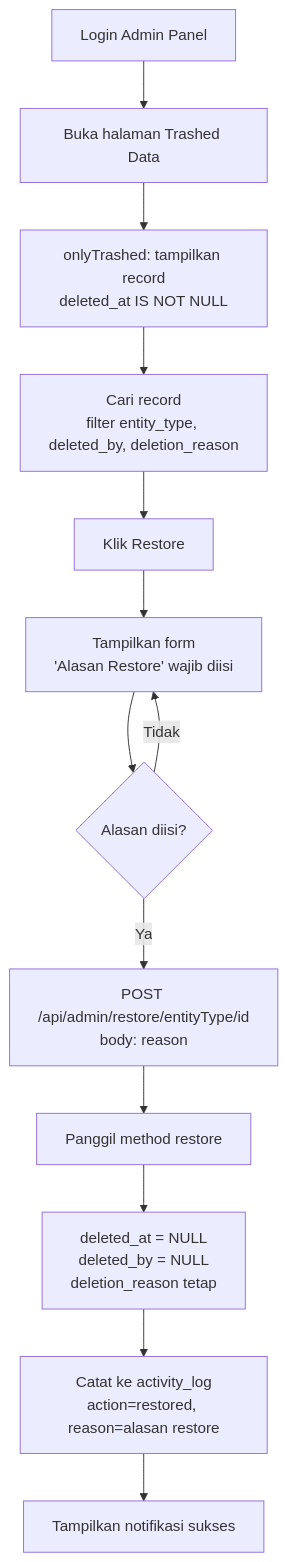
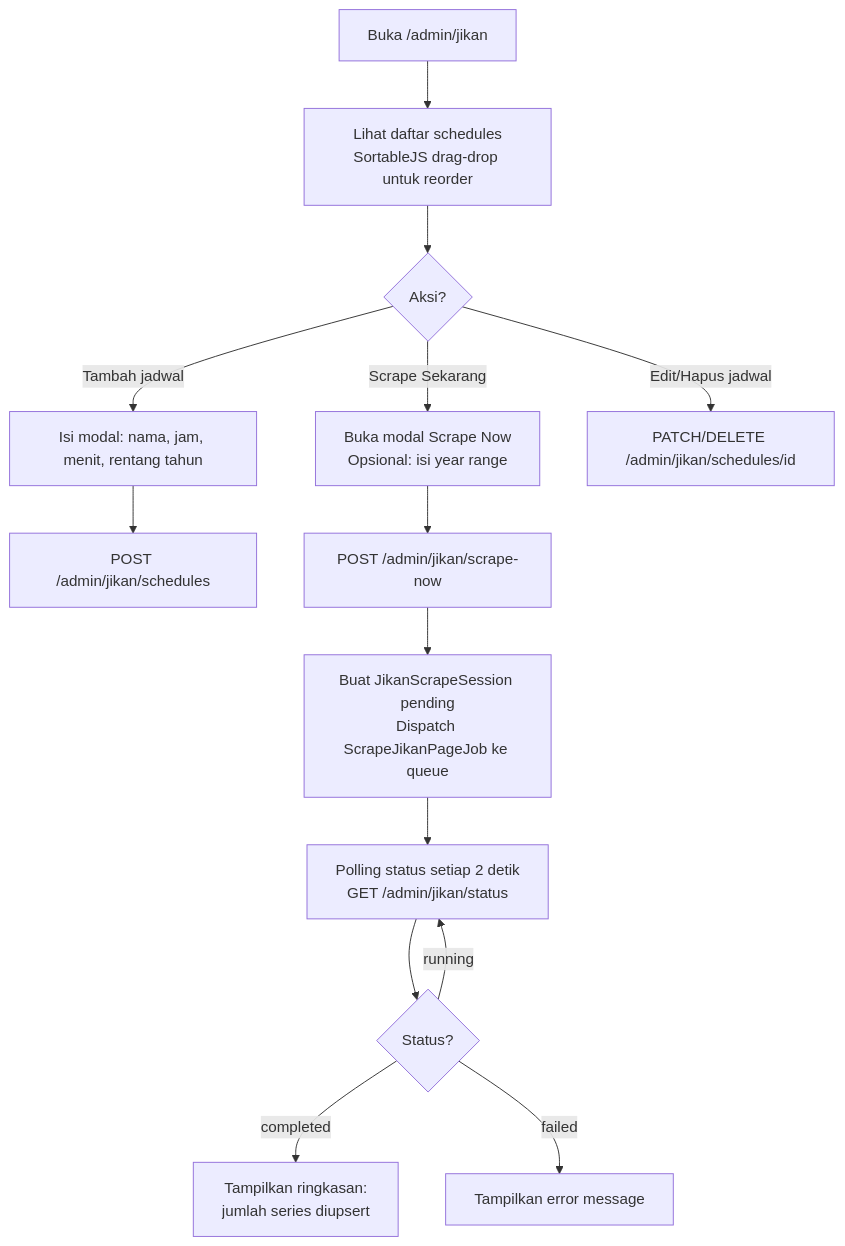
The third of 6 diagrams in docs/03-user-flow.md (srytmj/malas), drawn with Mermaid before and after one commit. The commit also changed other lines of this file and 1127 other files, not shown here.

````diff
--- a/docs/03-user-flow.md
+++ b/docs/03-user-flow.md
@@ -45,15 +46,16 @@
 ```mermaid
 flowchart TD
-    A[Login Admin Panel] --> B[Buka halaman Trashed Data]
-    B --> C[onlyTrashed: tampilkan record<br/>deleted_at IS NOT NULL]
-    C --> D[Cari record<br/>filter entity_type, deleted_by, deletion_reason]
-    D --> E[Klik Restore]
-    E --> F[Tampilkan form<br/>'Alasan Restore' wajib diisi]
-    F --> G{Alasan diisi?}
-    G -- Tidak --> F
-    G -- Ya --> H[POST /api/admin/restore/entityType/id<br/>body: reason]
-    H --> I[Panggil method restore]
-    I --> J[deleted_at = NULL<br/>deleted_by = NULL<br/>deletion_reason tetap]
-    J --> K[Catat ke activity_log<br/>action=restored, reason=alasan restore]
-    K --> L[Tampilkan notifikasi sukses]
+    A[Buka /admin/jikan] --> B[Lihat daftar schedules\nSortableJS drag-drop untuk reorder]
+    B --> C{Aksi?}
+    C -- Tambah jadwal --> D[Isi modal: nama, jam, menit, rentang tahun]
+    D --> E[POST /admin/jikan/schedules]
+    C -- Scrape Sekarang --> F[Buka modal Scrape Now\nOpsional: isi year range]
+    F --> G[POST /admin/jikan/scrape-now]
+    G --> H[Buat JikanScrapeSession pending\nDispatch ScrapeJikanPageJob ke queue]
+    H --> I[Polling status setiap 2 detik\nGET /admin/jikan/status]
+    I --> J{Status?}
+    J -- running --> I
+    J -- completed --> K[Tampilkan ringkasan:\njumlah series diupsert]
+    J -- failed --> L[Tampilkan error message]
+    C -- Edit/Hapus jadwal --> M[PATCH/DELETE /admin/jikan/schedules/id]
 ```
````
